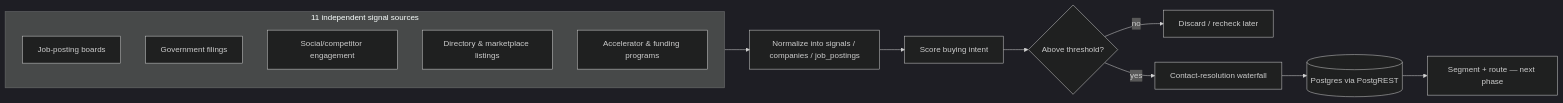
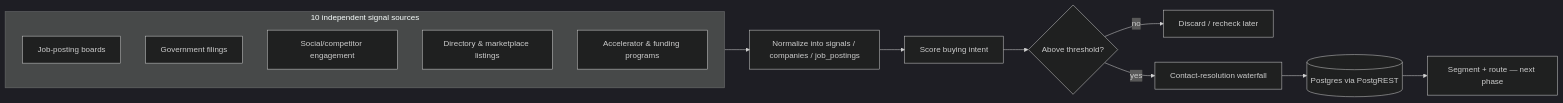
One commit to abbassaeedza/systems-case-studies changed the diagram in intent-based-outbound-pipeline/README.md. Above: the diagram before and after it, drawn with Mermaid (dark theme). The commit also changed other lines of this file and 2 other files, not shown here.

Commit message:
Point crm-outbound-sync and white-label-outreach-pipeline at their real published references; fix signal-source count to verified 10

````diff
--- a/intent-based-outbound-pipeline/README.md
+++ b/intent-based-outbound-pipeline/README.md
@@ -26,18 +26,18 @@
 ```mermaid
 flowchart LR
-    subgraph Sources["11 independent signal sources"]
+    subgraph Sources["10 independent signal sources"]
         A[Job-posting boards]
         B[Government filings]
         C[Social/competitor engagement]
         D[Directory & marketplace listings]
         E[Accelerator & funding programs]
     end
 
     Sources --> Normalize[Normalize into signals / companies / job_postings]
     Normalize --> Score[Score buying intent]
     Score --> Gate{Above threshold?}
     Gate -- no --> Discard[Discard / recheck later]
     Gate -- yes --> Resolve[Contact-resolution waterfall]
     Resolve --> DB[(Postgres via PostgREST)]
     DB --> Route[Segment + route — next phase]
 ```
````
